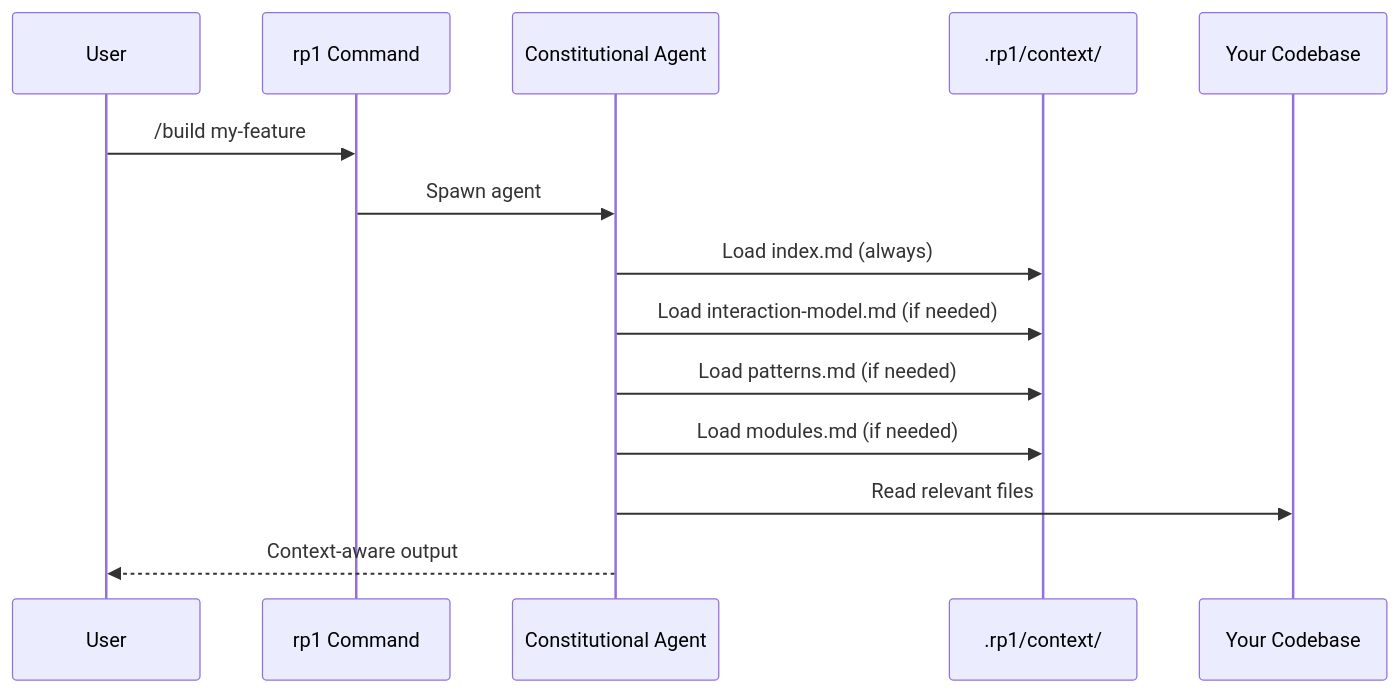
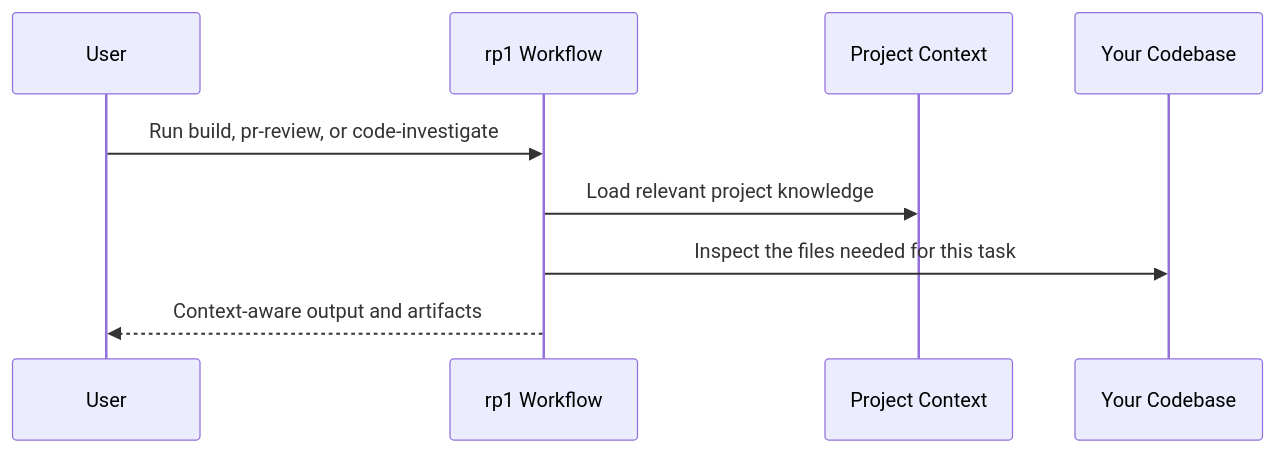
One commit to rp1-run/rp1 changed the second of 2 diagrams in docs/concepts/knowledge-aware-agents.md. Above: the diagram before and after it, drawn with Mermaid. The commit also changed other lines of this file and 41 other files, not shown here.

````diff
--- a/docs/concepts/knowledge-aware-agents.md
+++ b/docs/concepts/knowledge-aware-agents.md
@@ -59,17 +52,12 @@
 ```mermaid
 sequenceDiagram
     participant User
-    participant Cmd as rp1 Command
-    participant Agent as Constitutional Agent
-    participant KB as .rp1/context/
+    participant Workflow as rp1 Workflow
+    participant Context as Project Context
     participant Code as Your Codebase
 
-    User->>Cmd: /build my-feature
-    Cmd->>Agent: Spawn agent
-    Agent->>KB: Load index.md (always)
-    Agent->>KB: Load interaction-model.md (if needed)
-    Agent->>KB: Load patterns.md (if needed)
-    Agent->>KB: Load modules.md (if needed)
-    Agent->>Code: Read relevant files
-    Agent-->>User: Context-aware output
+    User->>Workflow: Run build, pr-review, or code-investigate
+    Workflow->>Context: Load relevant project knowledge
+    Workflow->>Code: Inspect the files needed for this task
+    Workflow-->>User: Context-aware output and artifacts
 ```
````
